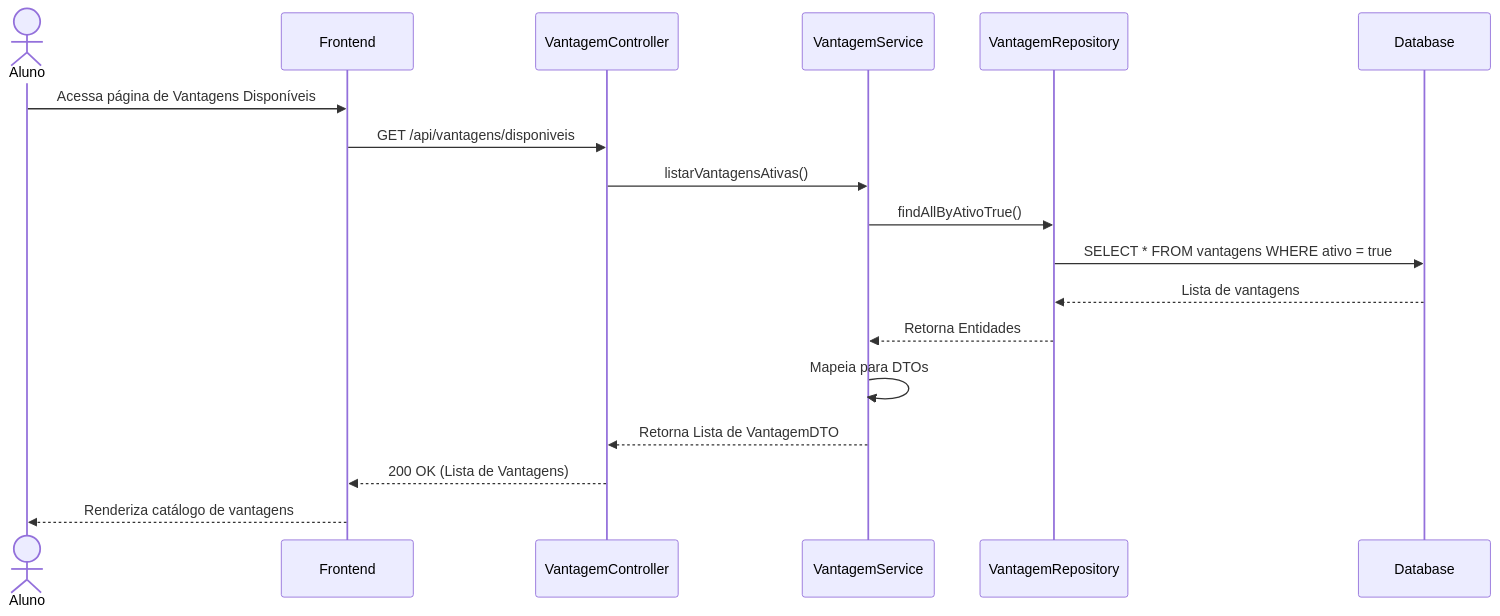
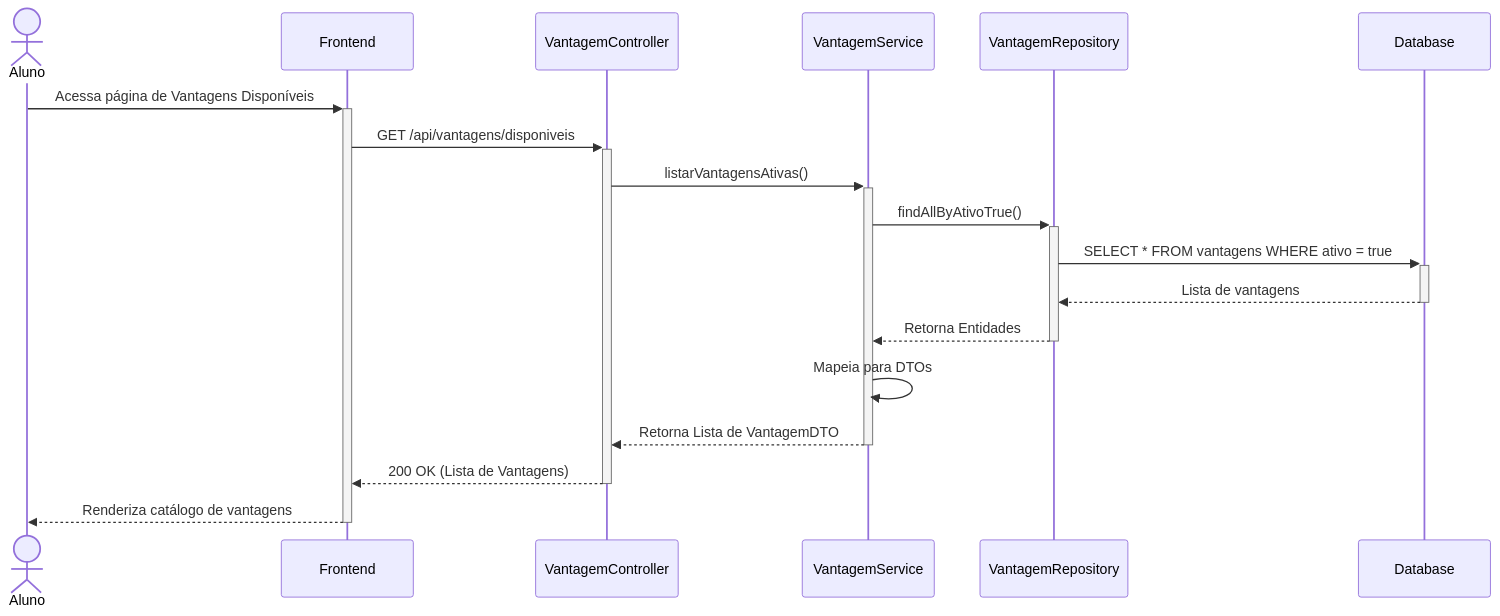
The diagram in docs/diagramas/diagrama_sequencia_listagem_vantagens.md (arthurcbretas/Sistema_de_Moeda_Estudantil), drawn with Mermaid before and after one commit. The commit also changed 18 other files, not shown here.

Commit message:
feat: implement asynchronous email notification system using RabbitMQ and document system flows

````diff
--- a/docs/diagramas/diagrama_sequencia_listagem_vantagens.md
+++ b/docs/diagramas/diagrama_sequencia_listagem_vantagens.md
@@ -3,21 +3,21 @@
 ```mermaid
 sequenceDiagram
     actor A as Aluno
     participant F as Frontend
     participant C as VantagemController
     participant S as VantagemService
     participant R_Vant as VantagemRepository
     participant DB as Database
 
-    A->>F: Acessa página de Vantagens Disponíveis
-    F->>C: GET /api/vantagens/disponiveis
-    C->>S: listarVantagensAtivas()
-    S->>R_Vant: findAllByAtivoTrue()
-    R_Vant->>DB: SELECT * FROM vantagens WHERE ativo = true
-    DB-->>R_Vant: Lista de vantagens
-    R_Vant-->>S: Retorna Entidades
+    A->>+F: Acessa página de Vantagens Disponíveis
+    F->>+C: GET /api/vantagens/disponiveis
+    C->>+S: listarVantagensAtivas()
+    S->>+R_Vant: findAllByAtivoTrue()
+    R_Vant->>+DB: SELECT * FROM vantagens WHERE ativo = true
+    DB-->>-R_Vant: Lista de vantagens
+    R_Vant-->>-S: Retorna Entidades
     S->>S: Mapeia para DTOs
-    S-->>C: Retorna Lista de VantagemDTO
-    C-->>F: 200 OK (Lista de Vantagens)
-    F-->>A: Renderiza catálogo de vantagens
+    S-->>-C: Retorna Lista de VantagemDTO
+    C-->>-F: 200 OK (Lista de Vantagens)
+    F-->>-A: Renderiza catálogo de vantagens
 ```
````
